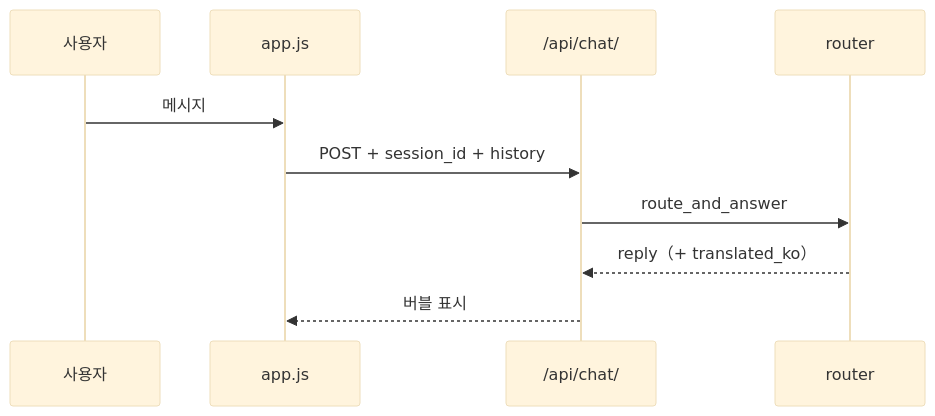
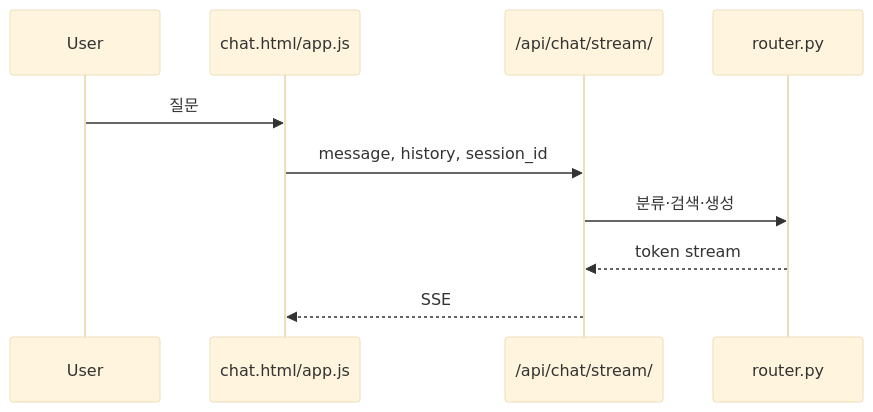
One commit to LeeDohun-hub/japantour_project changed the third of 3 diagrams in docs/system-design-overview.md. Above: the diagram before and after it, drawn with Mermaid (base theme). The commit also changed other lines of this file and 16 other files, not shown here.

````diff
--- a/docs/system-design-overview.md
+++ b/docs/system-design-overview.md
@@ -150,13 +55,12 @@
 ```mermaid
 sequenceDiagram
-  participant U as 사용자
-  participant A as app.js
-  participant C as /api/chat/
-  participant R as router
-
-  U->>A: 메시지
-  A->>C: POST + session_id + history
-  C->>R: route_and_answer
-  R-->>C: reply（+ translated_ko）
-  C-->>A: 버블 표시
+  participant U as User
+  participant C as chat.html/app.js
+  participant API as /api/chat/stream/
+  participant R as router.py
+  U->>C: 질문
+  C->>API: message, history, session_id
+  API->>R: 분류·검색·생성
+  R-->>API: token stream
+  API-->>C: SSE
 ```
````
